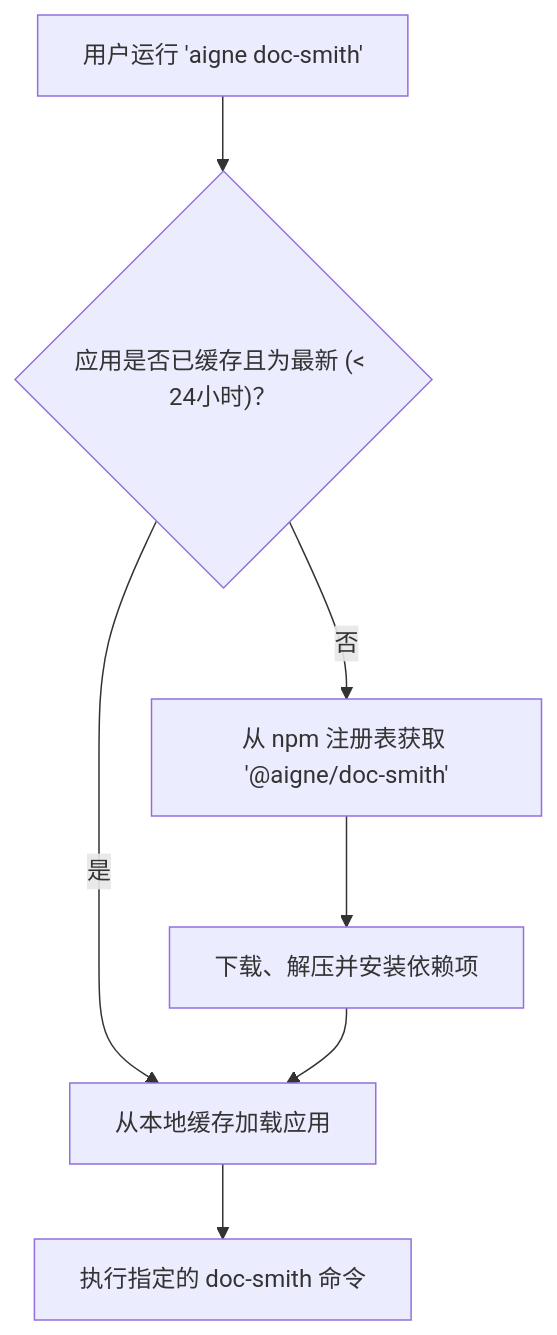
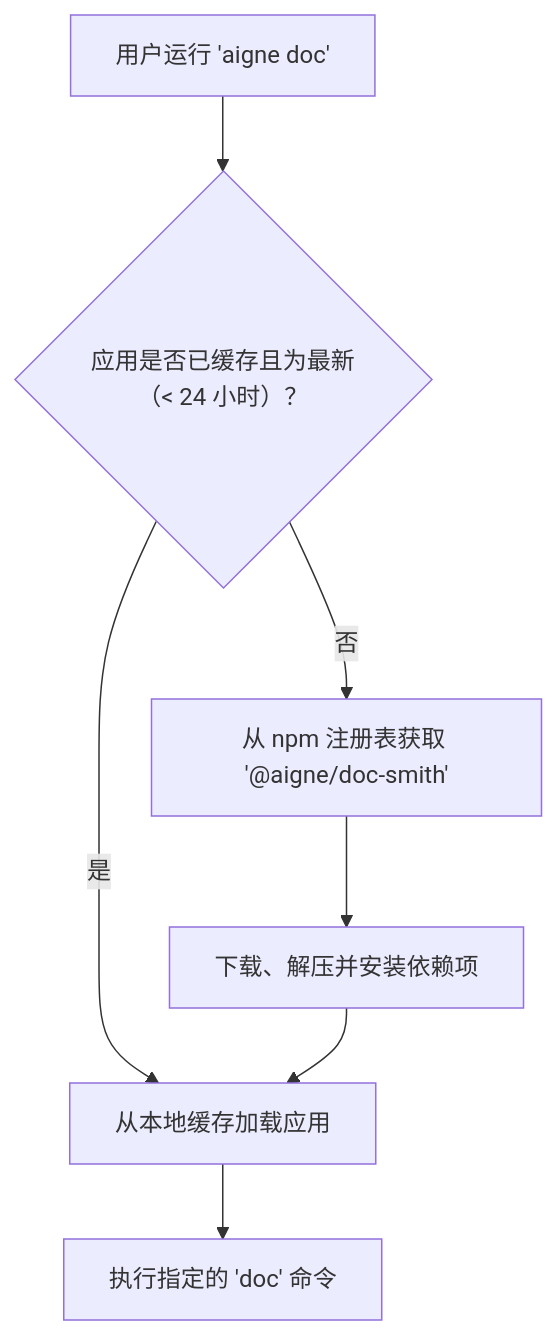
One commit to AIGNE-io/aigne-framework changed the diagram in packages/cli/docs/command-reference-built-in-apps.zh.md. Above: the diagram before and after it, drawn with Mermaid. The commit also changed other lines of this file and 4 other files, not shown here.

````diff
--- a/packages/cli/docs/command-reference-built-in-apps.zh.md
+++ b/packages/cli/docs/command-reference-built-in-apps.zh.md
@@ -58,9 +61,9 @@
 ```mermaid
 flowchart TD
-    A["用户运行 'aigne doc-smith'"] --> B{"应用是否已缓存且为最新 (< 24小时)？"};
+    A["用户运行 'aigne doc'"] --> B{"应用是否已缓存且为最新（< 24 小时）？"};
     B -- "是" --> E["从本地缓存加载应用"];
     B -- "否" --> C["从 npm 注册表获取 '@aigne/doc-smith'"];
     C --> D["下载、解压并安装依赖项"];
     D --> E;
-    E --> F["执行指定的 doc-smith 命令"];
+    E --> F["执行指定的 'doc' 命令"];
 ```
````
